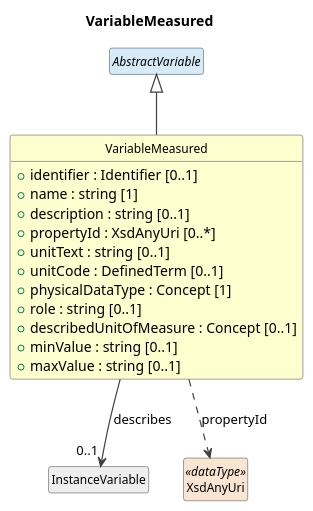
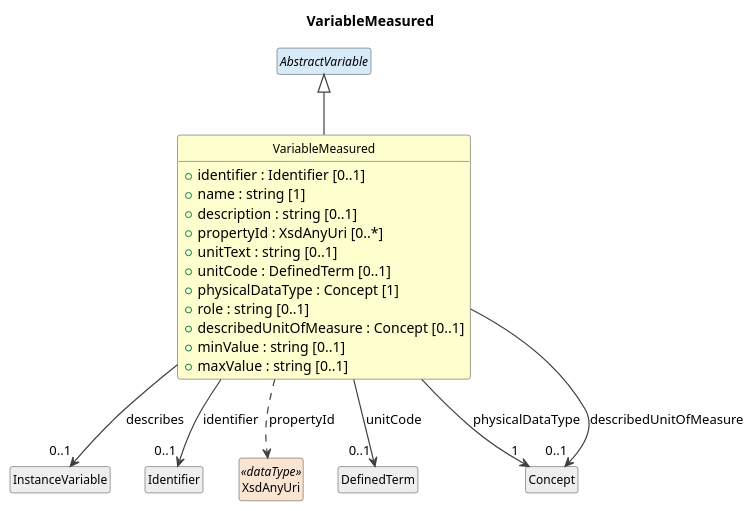
Before and after one commit to Cross-Domain-Interoperability-Framework/metadataBuildingBlocks: the diagram in cdif-uml-model/_plantuml/cdifDataStructure/Classes/VariableMeasured.pu, drawn with PlantUML. The commit also changed 619 other files, not shown here.

```diff
--- a/cdif-uml-model/_plantuml/cdifDataStructure/Classes/VariableMeasured.pu
+++ b/cdif-uml-model/_plantuml/cdifDataStructure/Classes/VariableMeasured.pu
@@ -1,33 +1,40 @@
 @startuml
 title VariableMeasured
 hide circle
 hide empty members
 skinparam shadowing false
 skinparam ArrowThickness 1.2
 skinparam class {
   ArrowColor #404040
   BorderColor #404040
   FontSize 12
 }
 
 class "VariableMeasured" as VariableMeasured #FEFECE {
   +identifier : Identifier [0..1]
   +name : string [1]
   +description : string [0..1]
   +propertyId : XsdAnyUri [0..*]
   +unitText : string [0..1]
   +unitCode : DefinedTerm [0..1]
   +physicalDataType : Concept [1]
   +role : string [0..1]
   +describedUnitOfMeasure : Concept [0..1]
   +minValue : string [0..1]
   +maxValue : string [0..1]
 }
 abstract class "AbstractVariable" as AbstractVariable #D6EAF8
 AbstractVariable <|-- VariableMeasured
 class "InstanceVariable" as InstanceVariable #EEEEEE
 VariableMeasured --> "0..1" InstanceVariable : describes
+class "Identifier" as Identifier #EEEEEE
+VariableMeasured --> "0..1" Identifier : identifier
 class "XsdAnyUri" as XsdAnyUri <<dataType>> #FAE5D3
 VariableMeasured ..> XsdAnyUri : propertyId
+class "DefinedTerm" as DefinedTerm #EEEEEE
+VariableMeasured --> "0..1" DefinedTerm : unitCode
+class "Concept" as Concept #EEEEEE
+VariableMeasured --> "1" Concept : physicalDataType
+VariableMeasured --> "0..1" Concept : describedUnitOfMeasure
 
 @enduml
```
